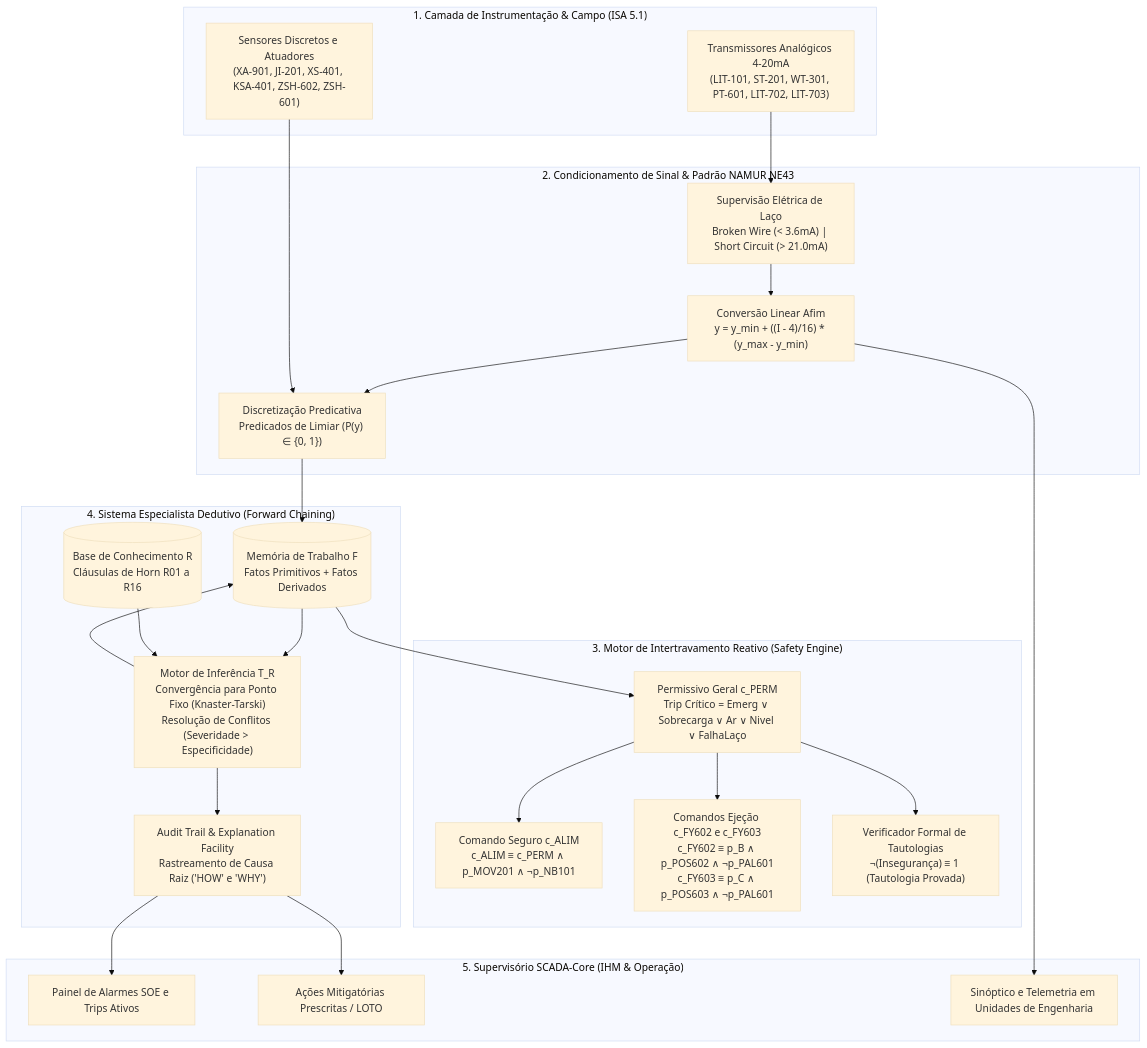
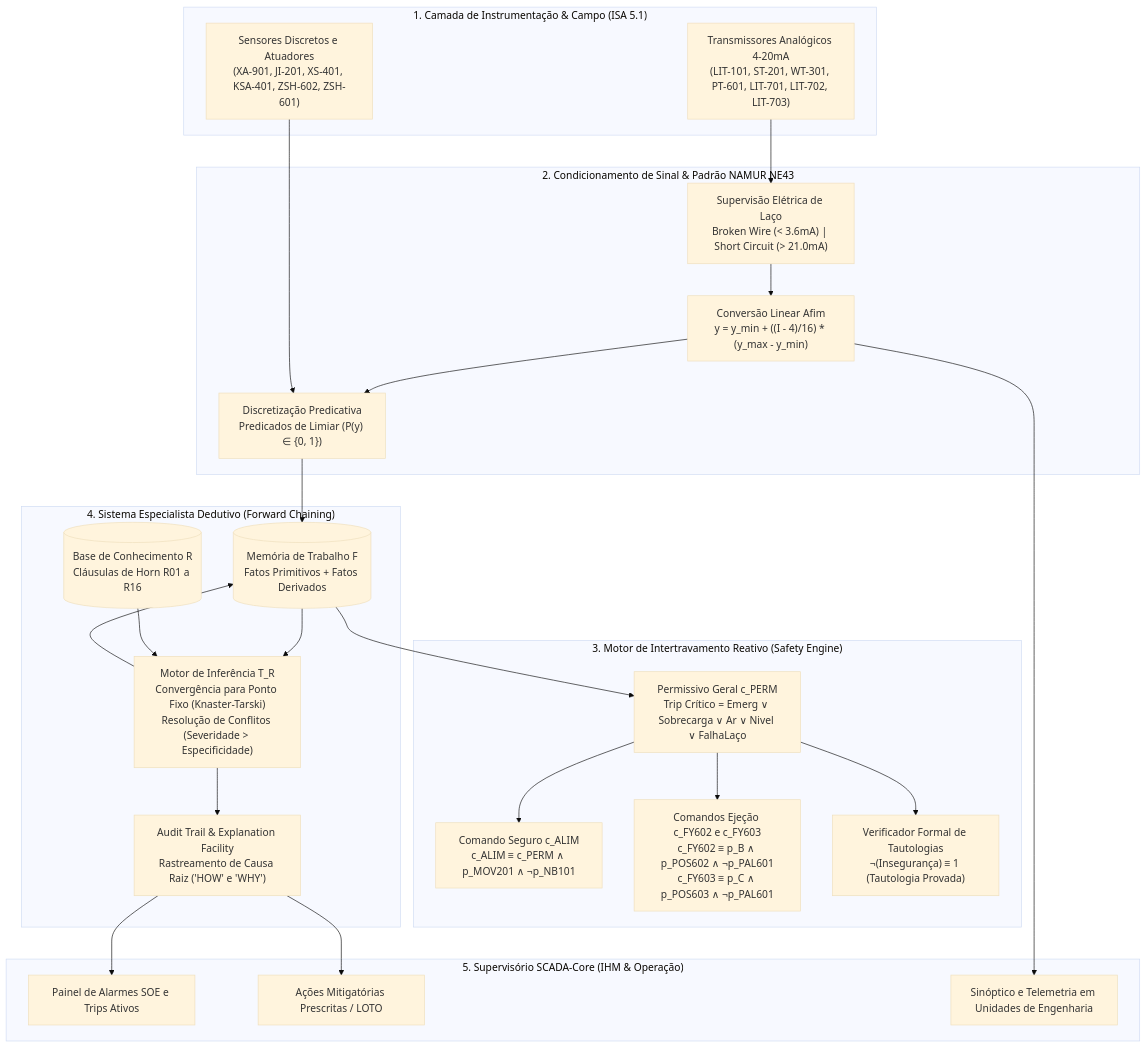
Before and after one commit to felipeconradovidal/SCADA-Core_Automatica_GRUPO4: the diagram in etapa-01-logica/10 - Avaliacao Modulo 1 Motor de Intertravamento e Diagnostico.md, drawn with Mermaid (base theme). The commit also changed other lines of this file and 24 other files, not shown here.

````diff
--- a/etapa-01-logica/10 - Avaliacao Modulo 1 Motor de Intertravamento e Diagnostico.md
+++ b/etapa-01-logica/10 - Avaliacao Modulo 1 Motor de Intertravamento e Diagnostico.md
@@ -19,50 +19,50 @@
 ```mermaid
 flowchart TD
     subgraph Campo ["1. Camada de Instrumentação & Campo (ISA 5.1)"]
-        S_AN["Transmissores Analógicos 4-20mA\n(LIT-101, ST-201, WT-301, PT-601, LIT-702, LIT-703)"]
+        S_AN["Transmissores Analógicos 4-20mA\n(LIT-101, ST-201, WT-301, PT-601, LIT-701, LIT-702, LIT-703)"]
         S_DIG["Sensores Discretos e Atuadores\n(XA-901, JI-201, XS-401, KSA-401, ZSH-602, ZSH-601)"]
     end
 
     subgraph Condicionamento ["2. Condicionamento de Sinal & Padrão NAMUR NE43"]
         NAMUR["Supervisão Elétrica de Laço\nBroken Wire (< 3.6mA) | Short Circuit (> 21.0mA)"]
         CONV["Conversão Linear Afim\ny = y_min + ((I - 4)/16) * (y_max - y_min)"]
         DISC["Discretização Predicativa\nPredicados de Limiar (P(y) ∈ {0, 1})"]
     end
 
     subgraph Intertravamento ["3. Motor de Intertravamento Reativo (Safety Engine)"]
         PERM["Permissivo Geral c_PERM\nTrip Crítico = Emerg ∨ Sobrecarga ∨ Ar ∨ Nivel ∨ FalhaLaço"]
         ALIM["Comando Seguro c_ALIM\nc_ALIM ≡ c_PERM ∧ p_MOV201 ∧ ¬p_NB101"]
         EJET["Comandos Ejeção c_FY602 e c_FY603\nc_FY602 ≡ p_B ∧ p_POS602 ∧ ¬p_PAL601\nc_FY603 ≡ p_C ∧ p_POS603 ∧ ¬p_PAL601"]
         PROOFS["Verificador Formal de Tautologias\n¬(Insegurança) ≡ 1 (Tautologia Provada)"]
     end
 
     subgraph Especialista ["4. Sistema Especialista Dedutivo (Forward Chaining)"]
         WM[("Memória de Trabalho F\nFatos Primitivos + Fatos Derivados")]
         KB[("Base de Conhecimento R\nCláusulas de Horn R01 a R16")]
         ENGINE["Motor de Inferência T_R\nConvergência para Ponto Fixo (Knaster-Tarski)\nResolução de Conflitos (Severidade > Especificidade)"]
         AUDIT["Audit Trail & Explanation Facility\nRastreamento de Causa Raiz ('HOW' e 'WHY')"]
     end
 
     subgraph SCADA ["5. Supervisório SCADA-Core (IHM & Operação)"]
         IHM_ALARM["Painel de Alarmes SOE e Trips Ativos"]
         IHM_LOTO["Ações Mitigatórias Prescritas / LOTO"]
         IHM_STATUS["Sinóptico e Telemetria em Unidades de Engenharia"]
     end
 
     S_AN --> NAMUR
     NAMUR --> CONV
     CONV --> DISC
     S_DIG --> DISC
     DISC --> WM
     WM --> PERM
     PERM --> ALIM
     PERM --> EJET
     PERM --> PROOFS
     WM --> ENGINE
     KB --> ENGINE
     ENGINE --> WM
     ENGINE --> AUDIT
     AUDIT --> IHM_ALARM
     AUDIT --> IHM_LOTO
     CONV --> IHM_STATUS
 ```
````
